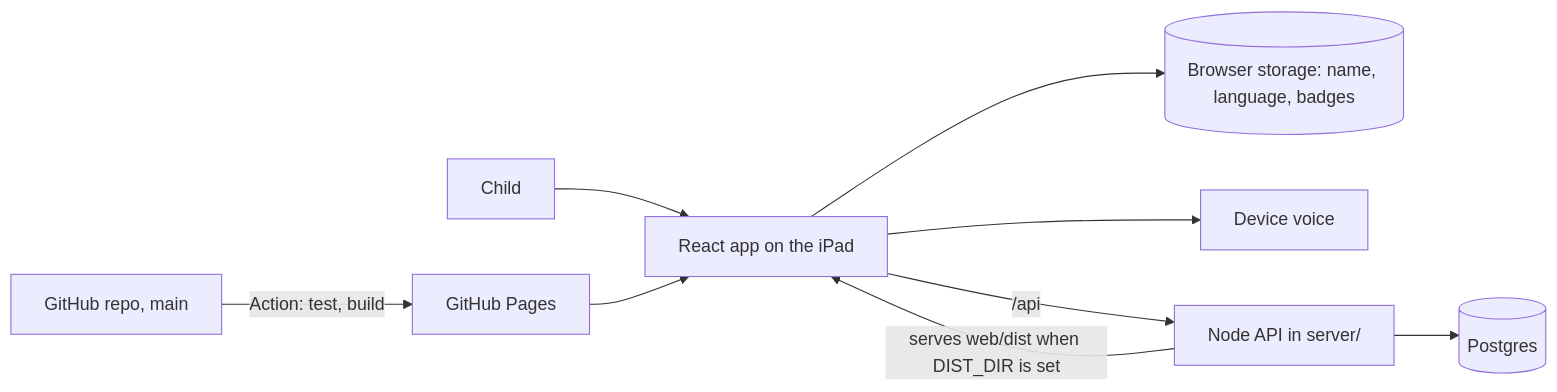
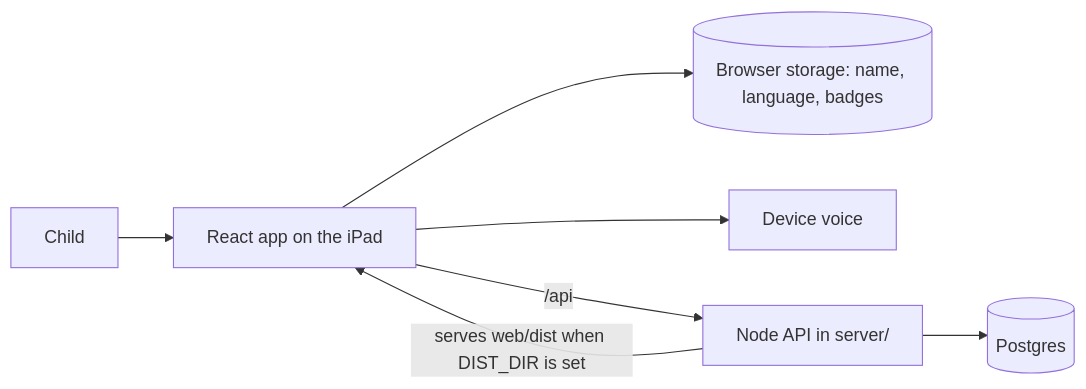
The diagram in ARCHITECTURE.md (sredhu37/ripples), drawn with Mermaid before and after one commit. The commit also changed other lines of this file and 12 other files, not shown here.

Commit message:
Retire the GitHub Pages deploy and live check: delete scripts, fix docs (#283)

````diff
--- a/ARCHITECTURE.md
+++ b/ARCHITECTURE.md
@@ -7,11 +7,9 @@
 ```mermaid
 flowchart LR
   Child --> App[React app on the iPad]
   App --> Store[(Browser storage: name, language, badges)]
   App --> Speech[Device voice]
-  Pages[GitHub Pages] --> App
-  Repo[GitHub repo, main] -->|Action: test, build| Pages
   App -->|/api| API[Node API in server/]
   API -->|serves web/dist when DIST_DIR is set| App
   API --> DB[(Postgres)]
 ```
````
